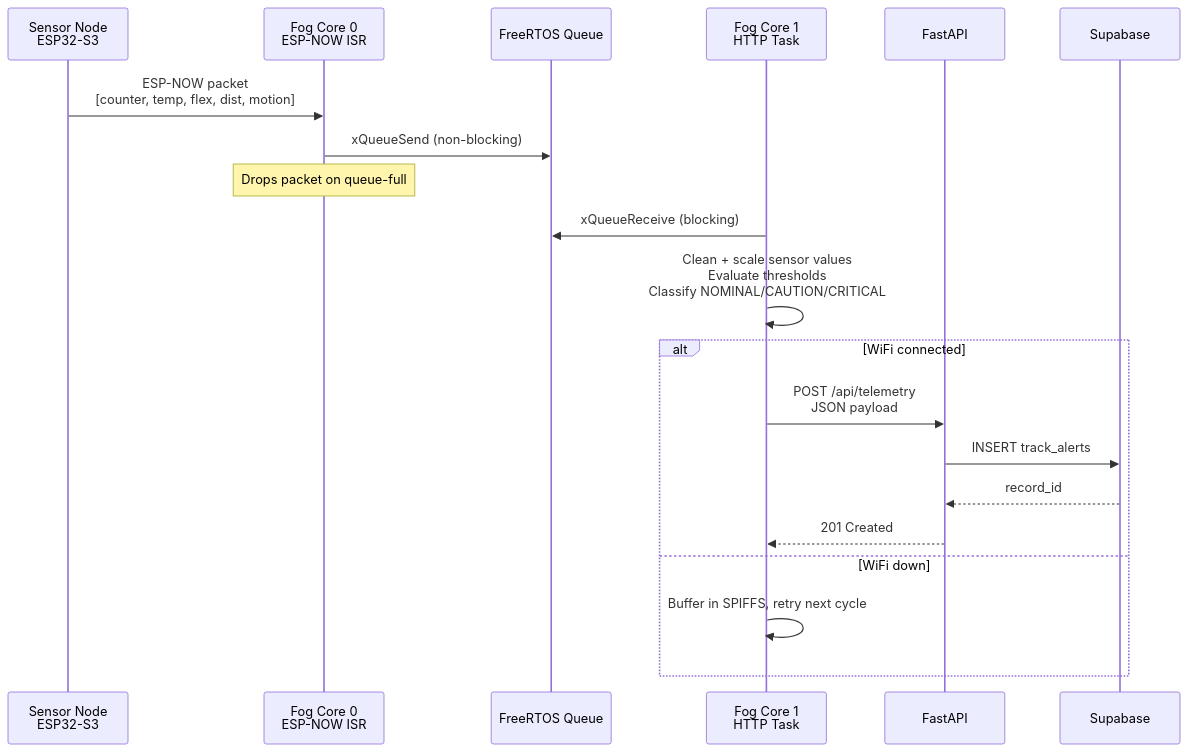
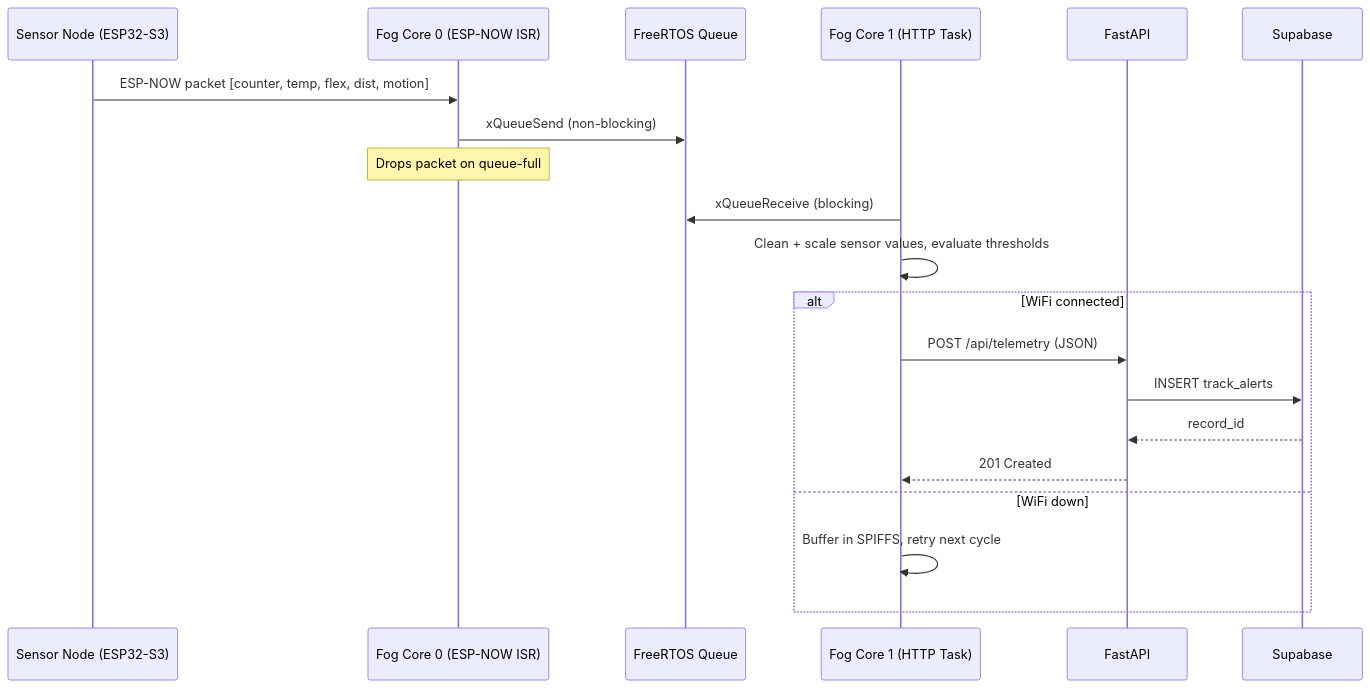
One commit to shandilyarindam/track-watch changed the second of 4 diagrams in ARCHITECTURE.md. Above: the diagram before and after it, drawn with Mermaid. The commit also changed other lines of this file and 1 other file, not shown here.

Commit message:
fix: resolve github mermaid syntax rendering error

````diff
--- a/ARCHITECTURE.md
+++ b/ARCHITECTURE.md
@@ -44,25 +44,25 @@
 ```mermaid
 sequenceDiagram
-    participant SN as Sensor Node<br/>ESP32-S3
-    participant C0 as Fog Core 0<br/>ESP-NOW ISR
+    participant SN as Sensor Node (ESP32-S3)
+    participant C0 as Fog Core 0 (ESP-NOW ISR)
     participant Q as FreeRTOS Queue
-    participant C1 as Fog Core 1<br/>HTTP Task
+    participant C1 as Fog Core 1 (HTTP Task)
     participant API as FastAPI
     participant DB as Supabase
 
-    SN->>C0: ESP-NOW packet<br/>[counter, temp, flex, dist, motion]
+    SN->>C0: ESP-NOW packet [counter, temp, flex, dist, motion]
     C0->>Q: xQueueSend (non-blocking)
     Note over C0: Drops packet on queue-full
 
     C1->>Q: xQueueReceive (blocking)
-    C1->>C1: Clean + scale sensor values<br/>Evaluate thresholds<br/>Classify NOMINAL/CAUTION/CRITICAL
+    C1->>C1: Clean + scale sensor values, evaluate thresholds
 
     alt WiFi connected
-        C1->>API: POST /api/telemetry<br/>JSON payload
+        C1->>API: POST /api/telemetry (JSON)
         API->>DB: INSERT track_alerts
         DB-->>API: record_id
         API-->>C1: 201 Created
     else WiFi down
         C1->>C1: Buffer in SPIFFS, retry next cycle
     end
 ```
````
